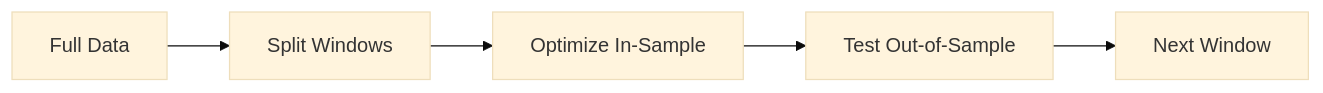
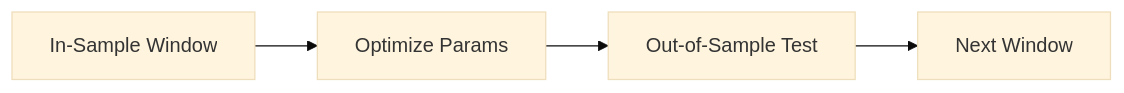
The diagram in docs/explanation/walk-forward.md (gregorian-09/regime-flow), drawn with Mermaid (base theme) before and after one commit. The commit also changed other lines of this file and 58 other files, not shown here.

````diff
--- a/docs/explanation/walk-forward.md
+++ b/docs/explanation/walk-forward.md
@@ -14,7 +7,6 @@
 ```mermaid
 flowchart LR
-  A[Full Data] --> B[Split Windows]
-  B --> C[Optimize In-Sample]
-  C --> D[Test Out-of-Sample]
-  D --> E[Next Window]
+  A[In-Sample Window] --> B[Optimize Params]
+  B --> C[Out-of-Sample Test]
+  C --> D[Next Window]
 ```
````
